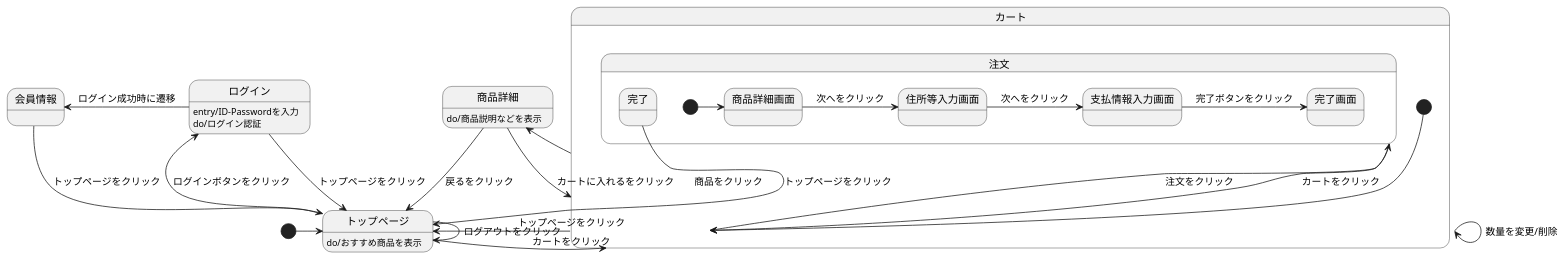
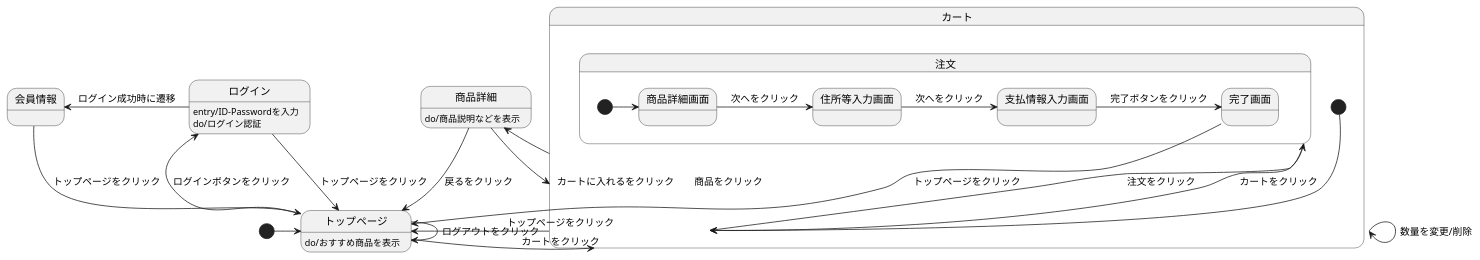
The diagram in orijinal.stw.md (Aso2101121/2021sys-design-2), drawn with PlantUML before and after one commit.

````diff
--- a/orijinal.stw.md
+++ b/orijinal.stw.md
@@ -1,33 +1,33 @@
 ```uml
 @startuml
 [*] -> トップページ
 トップページ : do/おすすめ商品を表示
 会員情報 --> トップページ : トップページをクリック
 ログイン --> トップページ : トップページをクリック
 トップページ --> トップページ : ログアウトをクリック
 トップページ -left-> ログイン : ログインボタンをクリック
 ログイン -left-> 会員情報 : ログイン成功時に遷移
 ログイン : entry/ID-Passwordを入力
 ログイン : do/ログイン認証
 トップページ --> カート : カートをクリック
 商品詳細 --> カート : カートに入れるをクリック
 商品詳細 --> トップページ : 戻るをクリック
 商品詳細 : do/商品説明などを表示
 カート -up-> トップページ : トップページをクリック
 カート -> 商品詳細 : 商品をクリック
 
 state カート{
  [*] --> カート
  カート -> 注文 : 注文をクリック
  カート -> カート : 数量を変更/削除
  注文 --> カート : カートをクリック
  state 注文{
   [*] -> 商品詳細画面
   商品詳細画面 -> 住所等入力画面 : 次へをクリック
   住所等入力画面 -> 支払情報入力画面 : 次へをクリック
   支払情報入力画面 -> 完了画面 : 完了ボタンをクリック
-  完了 --> トップページ : トップページをクリック
+  完了画面 --> トップページ : トップページをクリック
  }
 }
 @enduml
 ```
````
